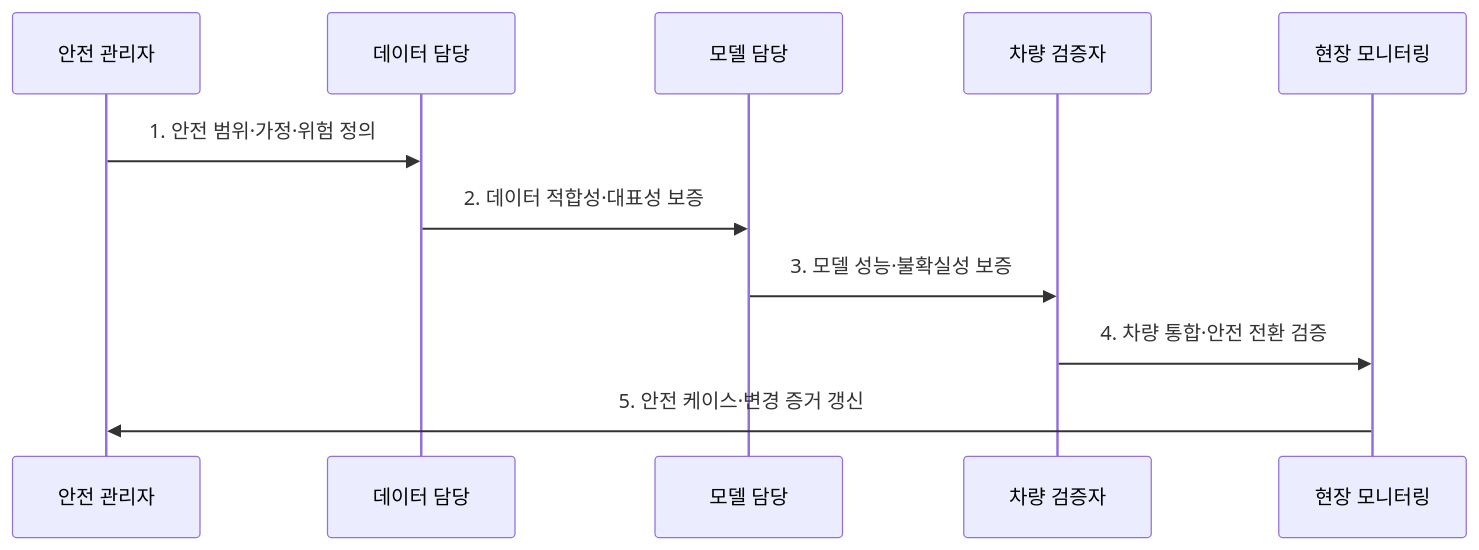
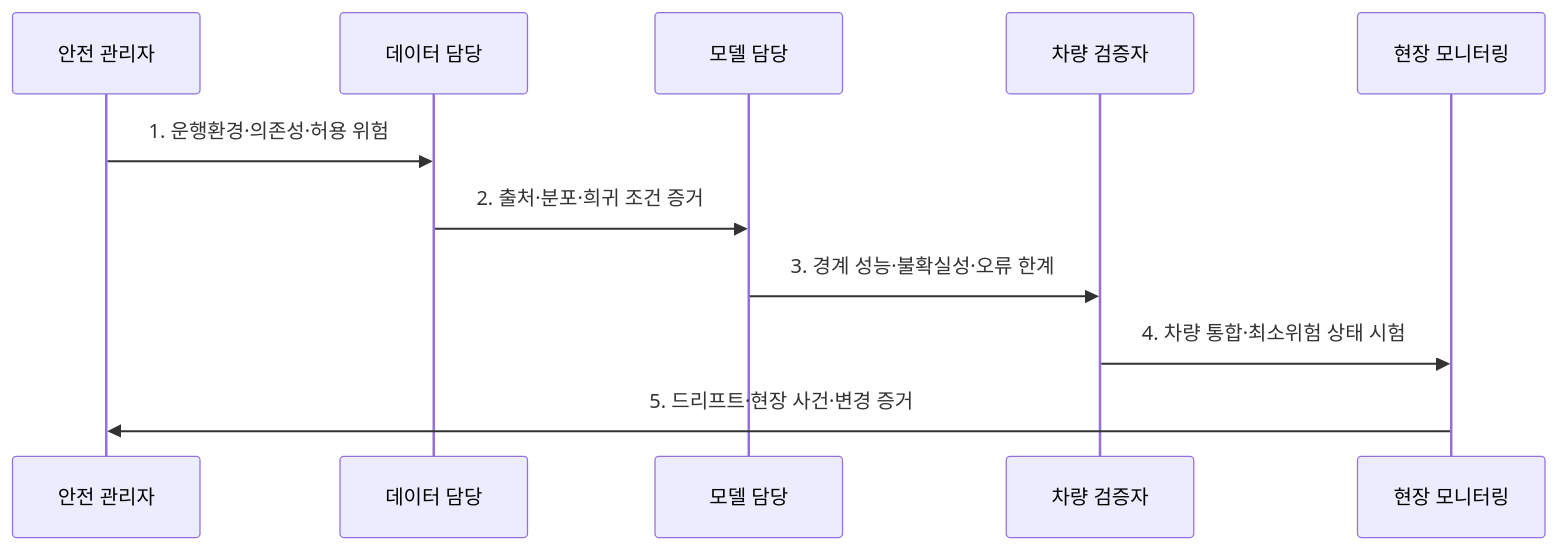
The second of 2 diagrams in src/content/docs/notes/05-security/135_iso_pas_8800.md (agnusdei1207/knowledge-base), drawn with Mermaid before and after one commit. The commit also changed other lines of this file and 20 other files, not shown here.

````diff
--- a/src/content/docs/notes/05-security/135_iso_pas_8800.md
+++ b/src/content/docs/notes/05-security/135_iso_pas_8800.md
@@ -82,13 +83,13 @@
 ```mermaid
 sequenceDiagram
   participant S as 안전 관리자
   participant D as 데이터 담당
   participant M as 모델 담당
   participant V as 차량 검증자
   participant O as 현장 모니터링
-  S->>D: 1. 안전 범위·가정·위험 정의
-  D->>M: 2. 데이터 적합성·대표성 보증
-  M->>V: 3. 모델 성능·불확실성 보증
-  V->>O: 4. 차량 통합·안전 전환 검증
-  O->>S: 5. 안전 케이스·변경 증거 갱신
+  S->>D: 1. 운행환경·의존성·허용 위험
+  D->>M: 2. 출처·분포·희귀 조건 증거
+  M->>V: 3. 경계 성능·불확실성·오류 한계
+  V->>O: 4. 차량 통합·최소위험 상태 시험
+  O->>S: 5. 드리프트·현장 사건·변경 증거
 ```
````
